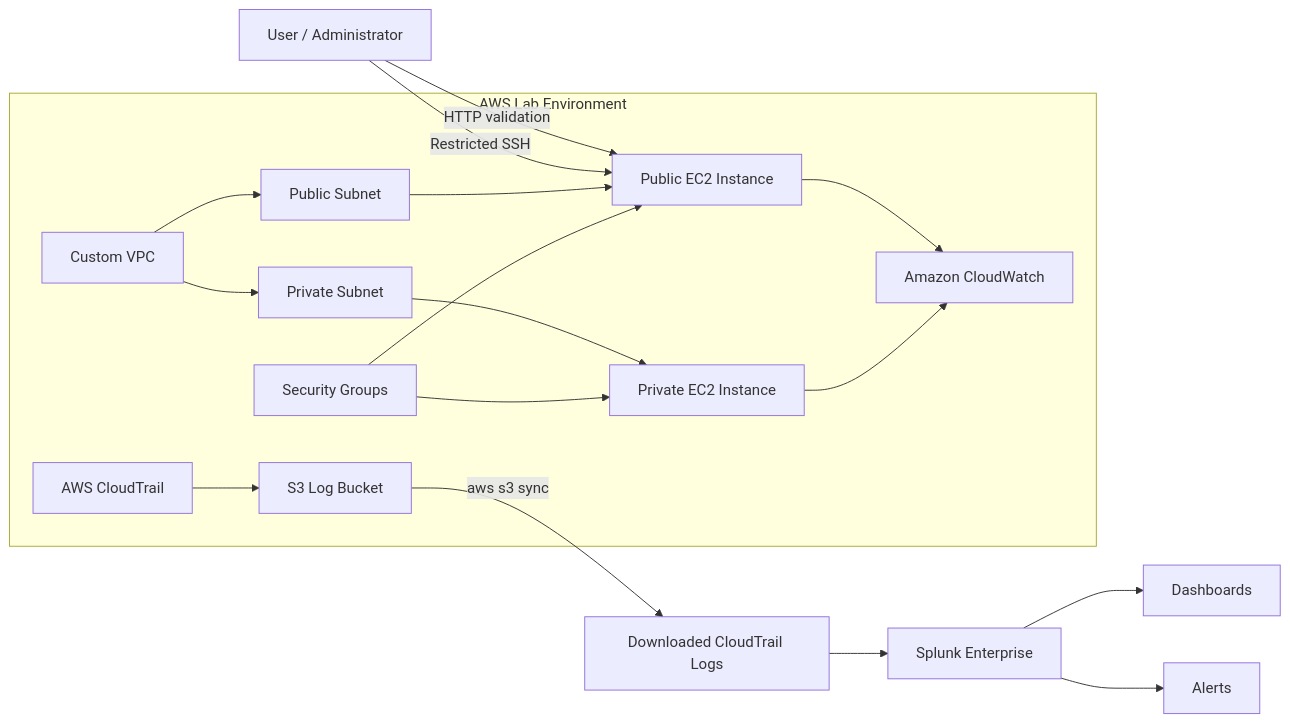
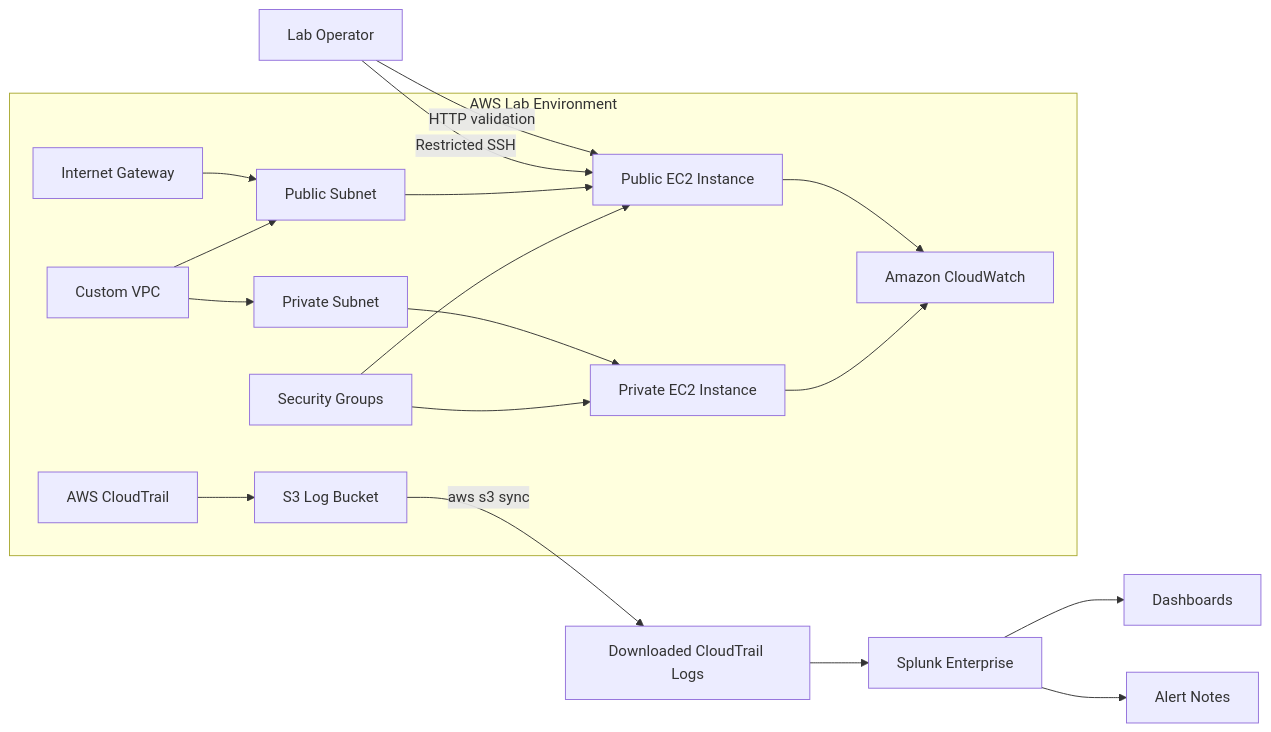
Before and after one commit to PeteAndrews1289/aws-hybrid-cloud-security-lab: the diagram in README.md, drawn with Mermaid. The commit also changed other lines of this file, not shown here.

````diff
--- a/README.md
+++ b/README.md
@@ -30,31 +31,33 @@
 ```mermaid
 flowchart LR
-    User[User / Administrator] -->|HTTP validation| PublicEC2[Public EC2 Instance]
+    User[Lab Operator] -->|HTTP validation| PublicEC2[Public EC2 Instance]
     User -->|Restricted SSH| PublicEC2
 
     subgraph AWS[AWS Lab Environment]
         VPC[Custom VPC]
         PublicSubnet[Public Subnet]
         PrivateSubnet[Private Subnet]
+        IGW[Internet Gateway]
         PublicEC2
         PrivateEC2[Private EC2 Instance]
         SG[Security Groups]
         CloudTrail[AWS CloudTrail]
         CloudWatch[Amazon CloudWatch]
         S3[S3 Log Bucket]
     end
 
+    IGW --> PublicSubnet
     VPC --> PublicSubnet
     VPC --> PrivateSubnet
     PublicSubnet --> PublicEC2
     PrivateSubnet --> PrivateEC2
     SG --> PublicEC2
     SG --> PrivateEC2
     CloudTrail --> S3
     PublicEC2 --> CloudWatch
     PrivateEC2 --> CloudWatch
     S3 -->|aws s3 sync| LocalLogs[Downloaded CloudTrail Logs]
     LocalLogs --> Splunk[Splunk Enterprise]
     Splunk --> Dashboards[Dashboards]
-    Splunk --> Alerts[Alerts]
+    Splunk --> Alerts[Alert Notes]
 ```
````
